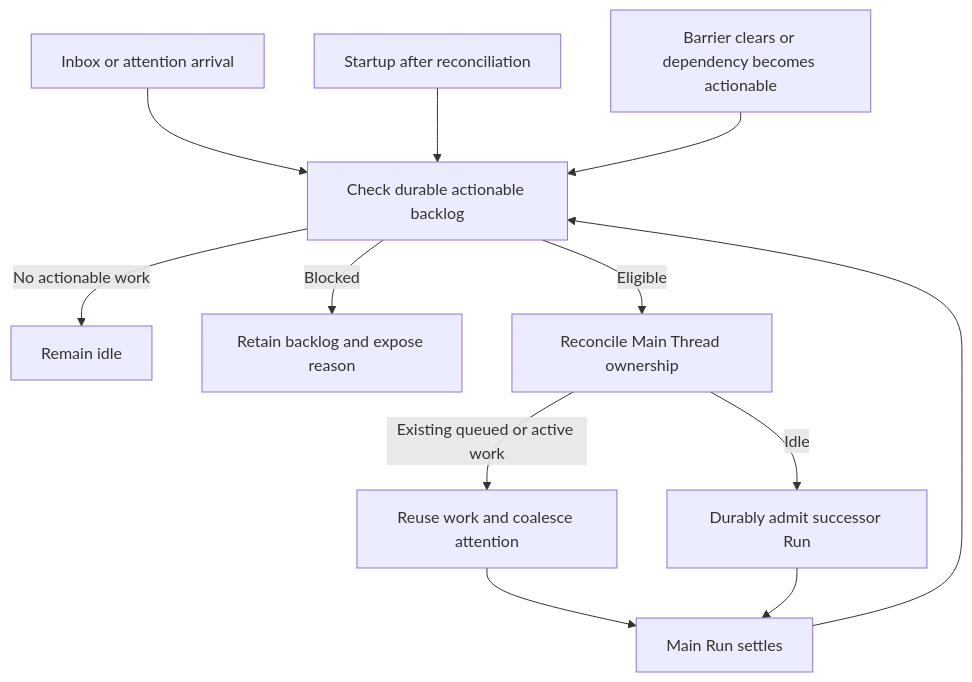
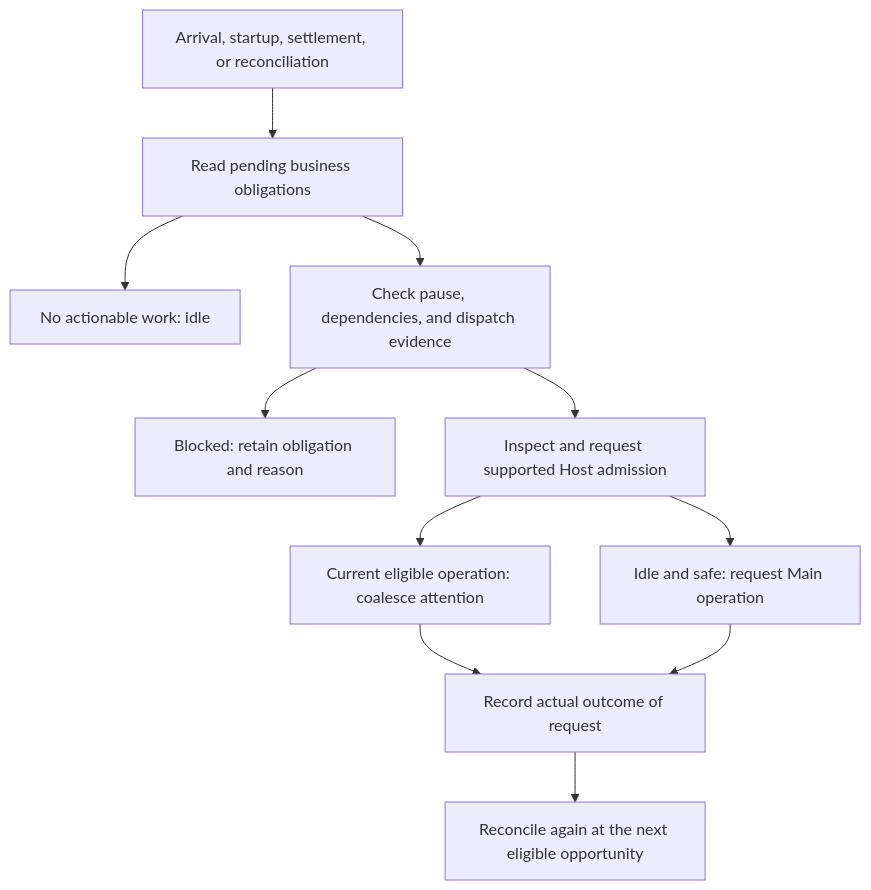
Before and after one commit to Wh1isper/a13n-claw: the diagram in spec/10-one-thread-mode.md, drawn with Mermaid. The commit also changed other lines of this file and 16 other files, not shown here.

````diff
--- a/spec/10-one-thread-mode.md
+++ b/spec/10-one-thread-mode.md
@@ -61,14 +50,13 @@
 ```mermaid
 flowchart TD
-    Arrival[Inbox or attention arrival] --> Check[Check durable actionable backlog]
-    Startup[Startup after reconciliation] --> Check
-    End[Main Run settles] --> Check
-    Release[Barrier clears or dependency becomes actionable] --> Check
-    Check -->|No actionable work| Idle[Remain idle]
-    Check -->|Blocked| Blocked[Retain backlog and expose reason]
-    Check -->|Eligible| Owner[Reconcile Main Thread ownership]
-    Owner -->|Existing queued or active work| Reuse[Reuse work and coalesce attention]
-    Owner -->|Idle| Admit[Durably admit successor Run]
-    Reuse --> End
-    Admit --> End
+    Trigger[Arrival, startup, settlement, or reconciliation] --> Scan[Read pending business obligations]
+    Scan --> Empty[No actionable work: idle]
+    Scan --> Gate[Check pause, dependencies, and dispatch evidence]
+    Gate --> Block[Blocked: retain obligation and reason]
+    Gate --> Host[Inspect and request supported Host admission]
+    Host --> Existing[Current eligible operation: coalesce attention]
+    Host --> New[Idle and safe: request Main operation]
+    Existing --> Evidence[Record actual outcome of request]
+    New --> Evidence
+    Evidence --> ScanLater[Reconcile again at the next eligible opportunity]
 ```
````
